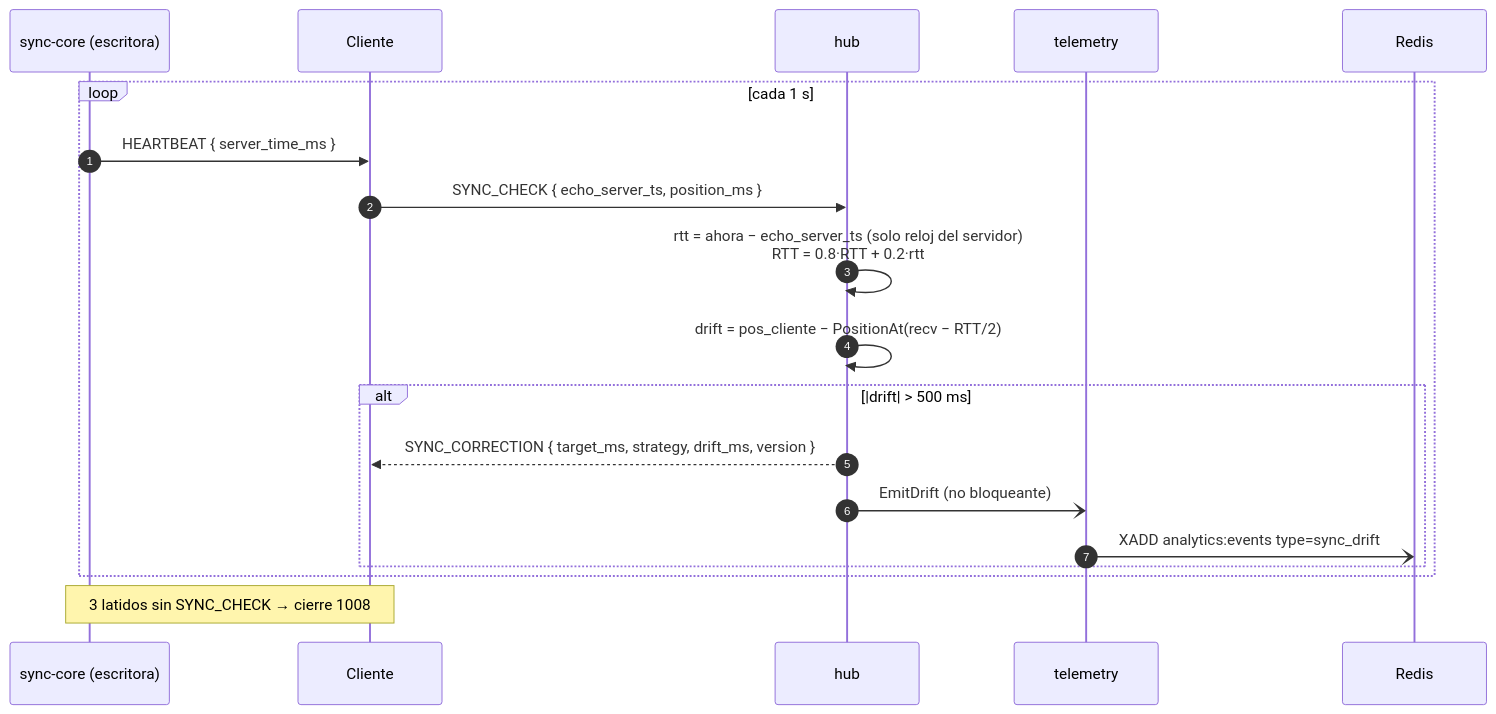
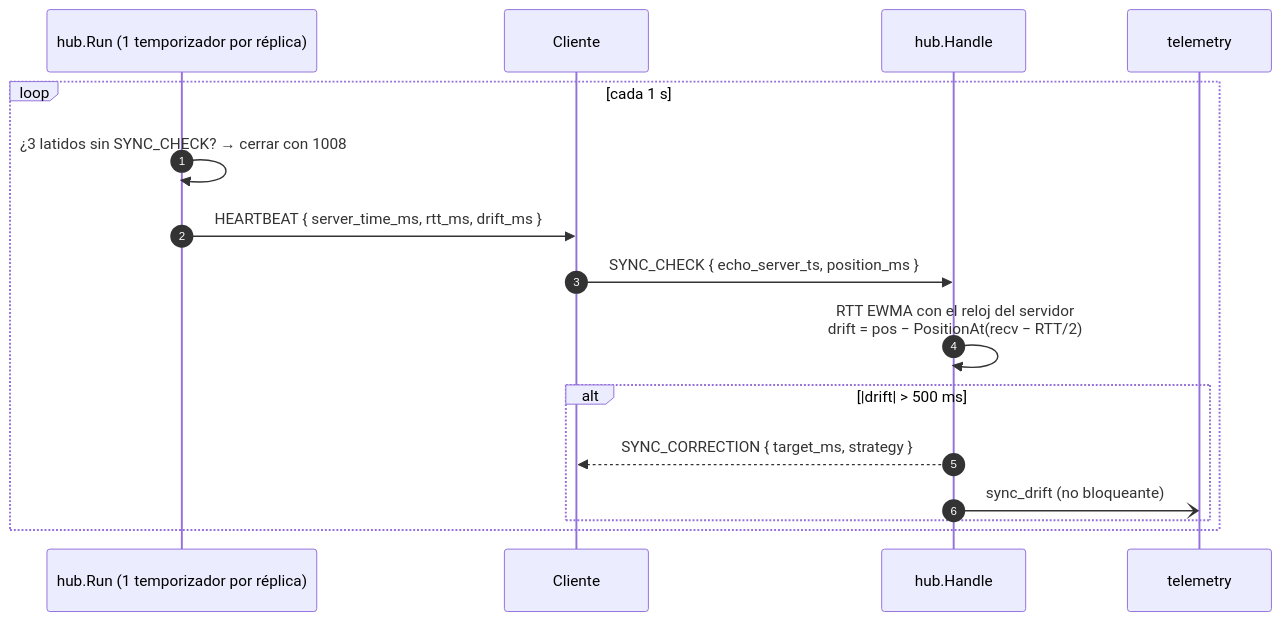
Before and after one commit to N1ghtlyC0de/TINT: the seventh of 17 diagrams in docs/dominio-reproduccion.md, drawn with Mermaid. The commit also changed other lines of this file and 2 other files, not shown here.

First line of the commit message:
docs(sync-core): Canal Sync v2 en la documentación del dominio

````diff
--- a/docs/dominio-reproduccion.md
+++ b/docs/dominio-reproduccion.md
@@ -308,22 +393,19 @@
 ```mermaid
 sequenceDiagram
     autonumber
-    participant S as sync-core (escritora)
+    participant L as hub.Run (1 temporizador por réplica)
     participant C as Cliente
-    participant H as hub
+    participant H as hub.Handle
     participant T as telemetry
-    participant R as Redis
 
     loop cada 1 s
-        S->>C: HEARTBEAT { server_time_ms }
+        L->>L: ¿3 latidos sin SYNC_CHECK? → cerrar con 1008
+        L->>C: HEARTBEAT { server_time_ms, rtt_ms, drift_ms }
         C->>H: SYNC_CHECK { echo_server_ts, position_ms }
-        H->>H: rtt = ahora − echo_server_ts (solo reloj del servidor)<br/>RTT = 0.8·RTT + 0.2·rtt
-        H->>H: drift = pos_cliente − PositionAt(recv − RTT/2)
+        H->>H: RTT EWMA con el reloj del servidor<br/>drift = pos − PositionAt(recv − RTT/2)
         alt |drift| > 500 ms
-            H-->>C: SYNC_CORRECTION { target_ms, strategy, drift_ms, version }
-            H-)T: EmitDrift (no bloqueante)
-            T-)R: XADD analytics:events type=sync_drift
+            H-->>C: SYNC_CORRECTION { target_ms, strategy }
+            H-)T: sync_drift (no bloqueante)
         end
     end
-    Note over S,C: 3 latidos sin SYNC_CHECK → cierre 1008
 ```
````
